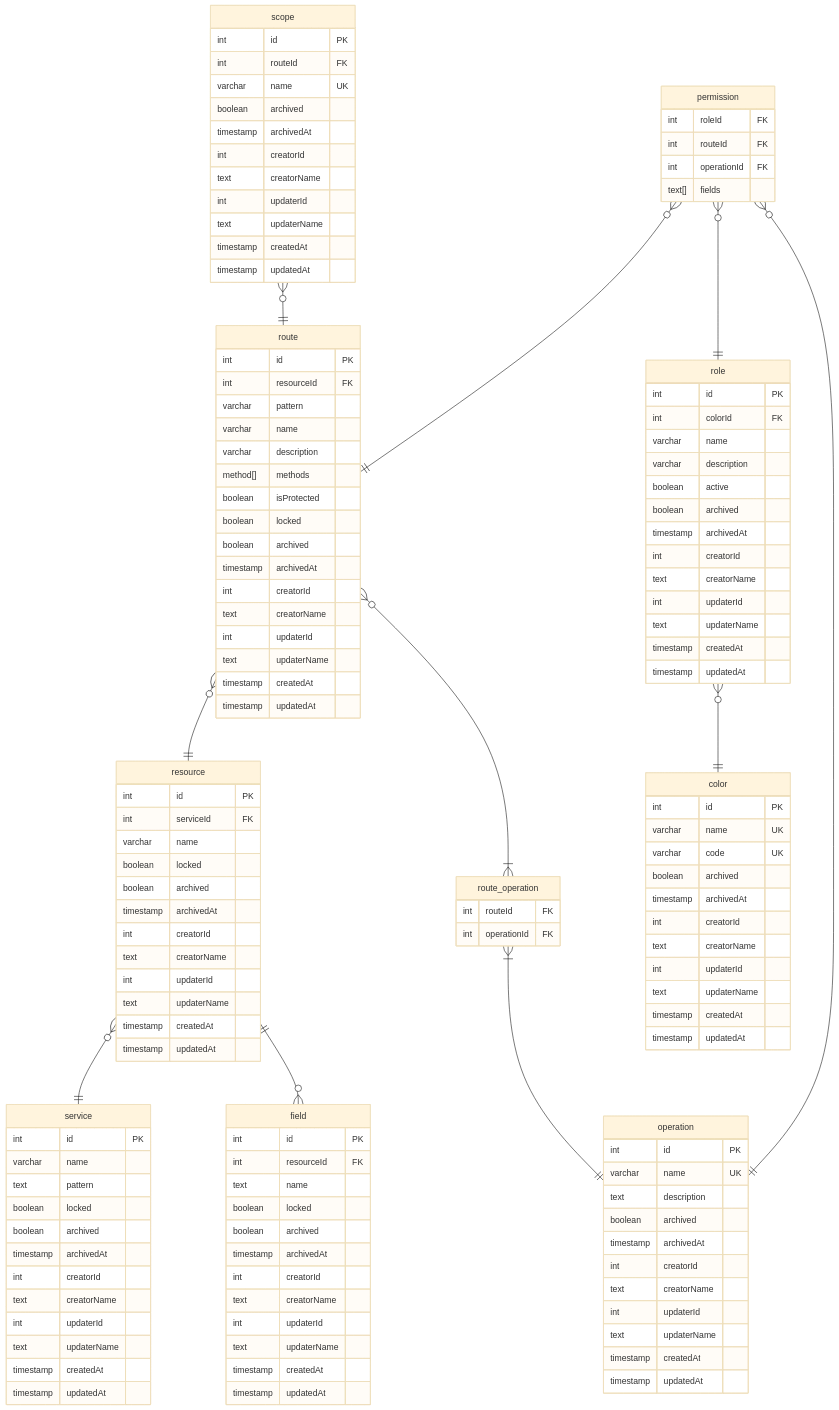
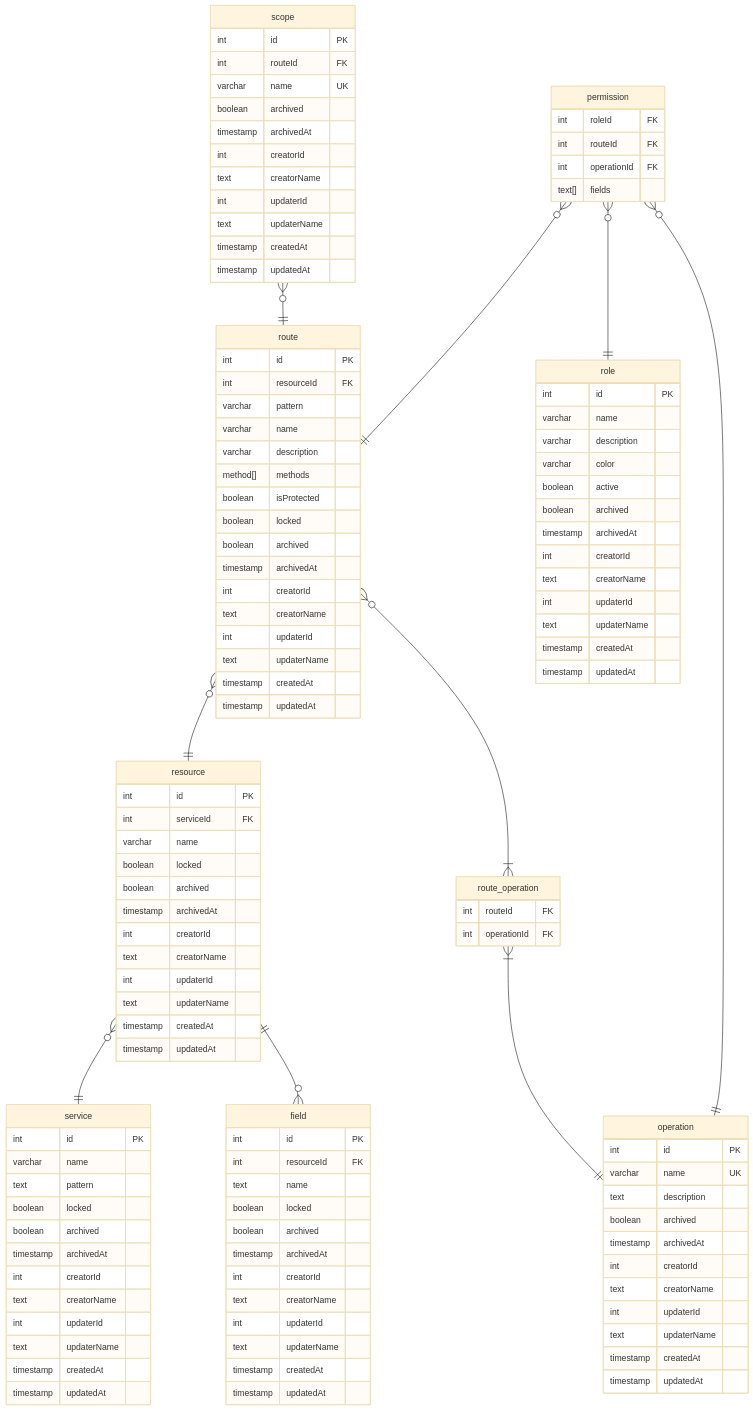
Before and after one commit to ALTEN-group/Gatelin: the first of 2 diagrams in doc/erd.md, drawn with Mermaid (base theme). The commit also changed 19 other files, not shown here.

Commit message:
refactor(db, role): remove color table and update role schema refactor(db, changelog): remove color related changes refactor(db, color): remove color related SQL scripts refactor(db, permission): update permissions for roles refactor(ui): remove color routes and references

```diff
--- a/doc/erd.md
+++ b/doc/erd.md
@@ -16,27 +16,12 @@
   permission }o--|| route : ""
   permission }o--|| operation : ""
   permission }o--|| role : ""
-  role }o--|| color : ""
-
-  color {
-    int id PK
-    varchar name UK
-    varchar code UK
-    boolean archived
-    timestamp archivedAt
-    int creatorId
-    text creatorName
-    int updaterId
-    text updaterName
-    timestamp createdAt
-    timestamp updatedAt
-  }
 
   role {
     int id PK
-    int colorId FK
     varchar name
     varchar description
+    varchar color
     boolean active
     boolean archived
     timestamp archivedAt
```
